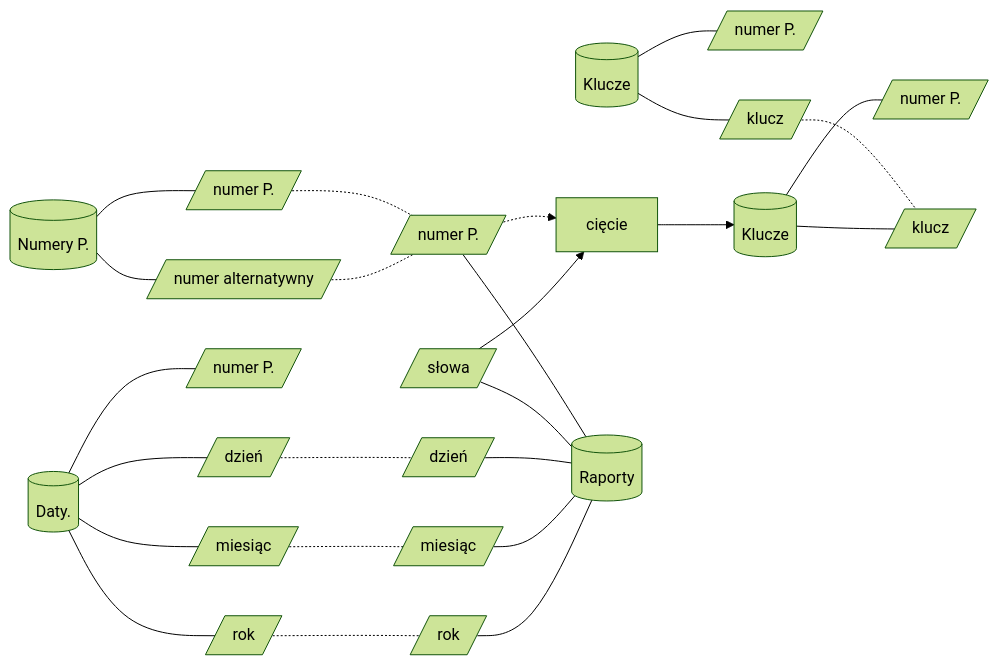
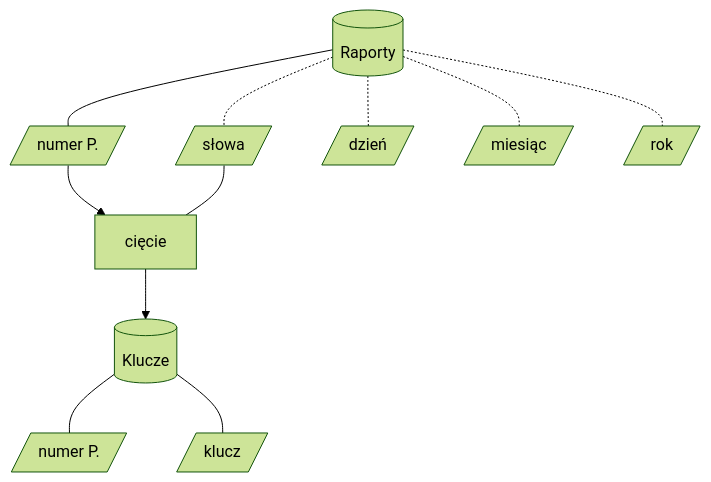
One commit to adamAfro/UPRP changed the third of 3 diagrams in raport/readme.md. Above: the diagram before and after it, drawn with Mermaid (forest theme). The commit also changed other lines of this file and 2 other files, not shown here.

````diff
--- a/raport/readme.md
+++ b/raport/readme.md
@@ -103,40 +99,16 @@
 ```mermaid
-graph LR;
-
-P[(Numery P.)]
-P --- pP[/numer P./]
-P --- nP[/numer alternatywny/]
-
-D[(Daty.)]
-D --- pD[/numer P./]
-D --- dD[/dzień/]
-D --- mD[/miesiąc/]
-D --- yD[/rok/]
-
-X[(Klucze)]
-X --- pX[/numer P./]
-X --- nX[/klucz/]
-nX -.- nY
-
+graph TB
 cR[cięcie]
-cR --> Y[(Klucze)]
-Y --- pY[/numer P./]
-Y --- nY[/klucz/]
-dD -.- dR
-mD -.- mR
-yD -.- yR
-
-pP -.- pR
-nP -.- pR
-
-pR[/numer P./]  --- R
-pR -.-> cR
-nR[/słowa/]     --- R
-nR --> cR
-
-dR[/dzień/]     --- R
-mR[/miesiąc/]   --- R
-yR[/rok/]       --- R
-
+  pR --> cR
+  nR --- cR
+  cR --> Y
+Y[(Klucze)]
+  Y --- pY[/numer P./]
+  Y --- nY[/klucz/]
 R[(Raporty)]
+R --- pR[/numer P./]
+R -.- nR[/słowa/]
+R -.- dR[/dzień/]
+R -.- mR[/miesiąc/]
+R -.- yR[/rok/]
 ```
````
